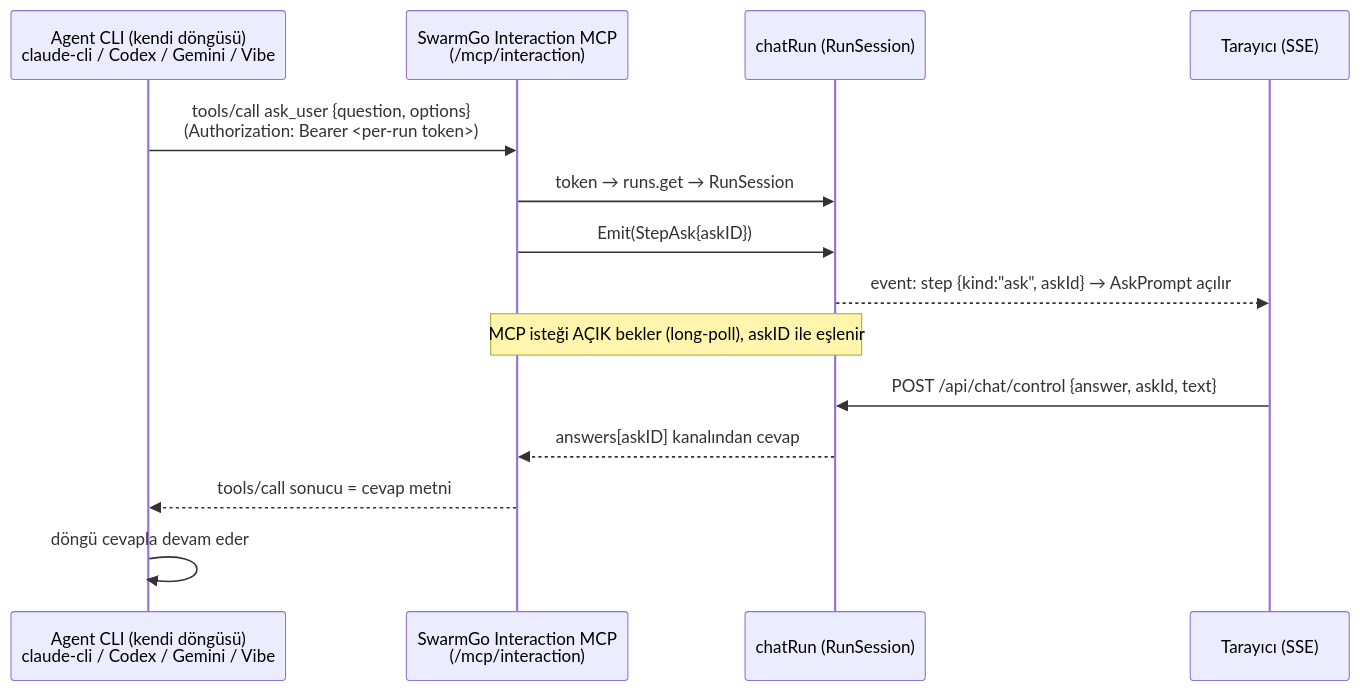
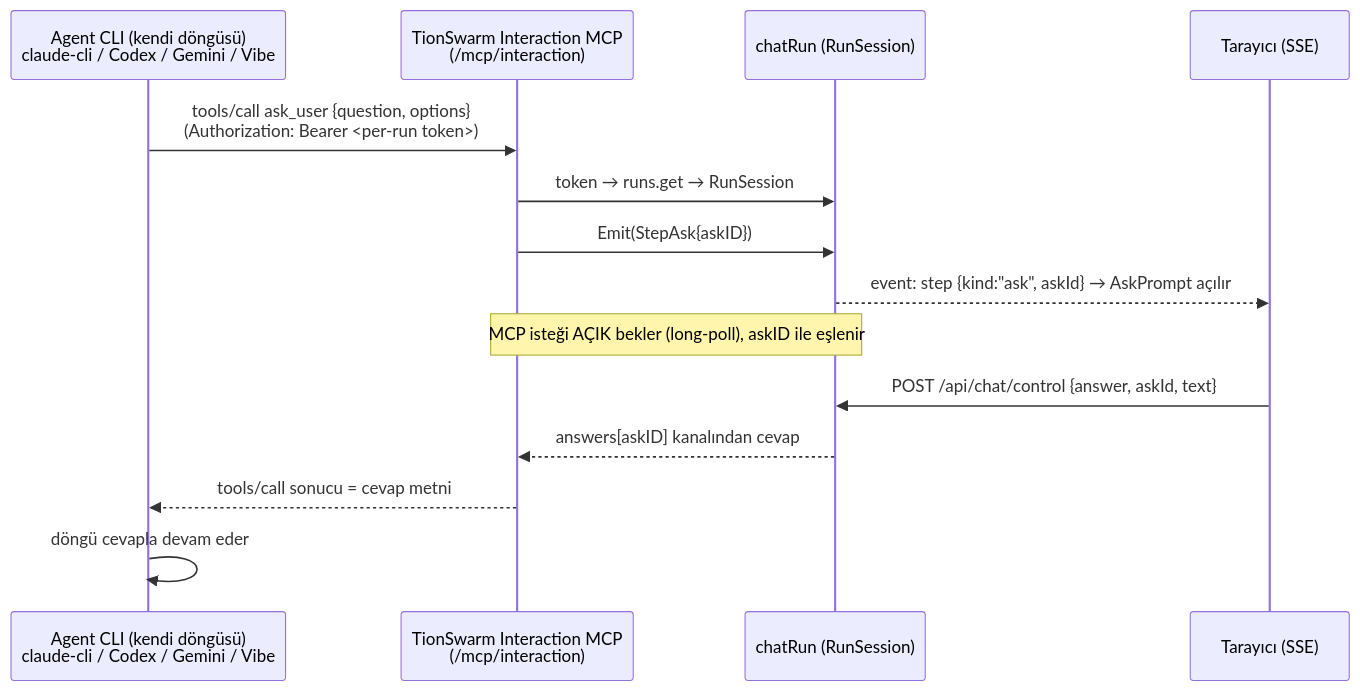
One commit to bilal-arikan/tionharness changed the second of 2 diagrams in _Docs/11-INTERACTION-MCP.md. Above: the diagram before and after it, drawn with Mermaid. The commit also changed other lines of this file and 433 other files, not shown here.

First line of the commit message:
refactor: rename SwarmGo -> TionSwarm across code, docs, skills

````diff
--- a/_Docs/11-INTERACTION-MCP.md
+++ b/_Docs/11-INTERACTION-MCP.md
@@ -84,17 +84,17 @@
 ```mermaid
 sequenceDiagram
     participant CLI as Agent CLI (kendi döngüsü)<br/>claude-cli / Codex / Gemini / Vibe
-    participant MCP as SwarmGo Interaction MCP<br/>(/mcp/interaction)
+    participant MCP as TionSwarm Interaction MCP<br/>(/mcp/interaction)
     participant Run as chatRun (RunSession)
     participant UI as Tarayıcı (SSE)
 
     CLI->>MCP: tools/call ask_user {question, options}<br/>(Authorization: Bearer <per-run token>)
     MCP->>Run: token → runs.get → RunSession
     MCP->>Run: Emit(StepAsk{askID})
     Run-->>UI: event: step {kind:"ask", askId} → AskPrompt açılır
     Note over MCP,Run: MCP isteği AÇIK bekler (long-poll), askID ile eşlenir
     UI->>Run: POST /api/chat/control {answer, askId, text}
     Run-->>MCP: answers[askID] kanalından cevap
     MCP-->>CLI: tools/call sonucu = cevap metni
     CLI->>CLI: döngü cevapla devam eder
 ```
````
